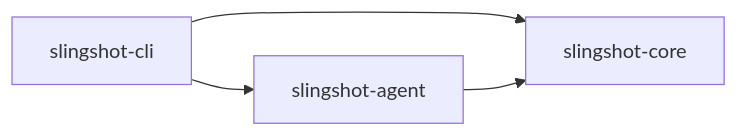
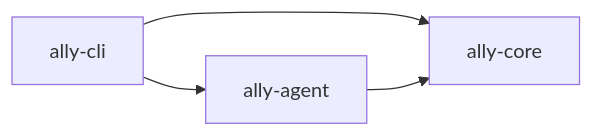
Before and after one commit to ado11231/ally: the second of 4 diagrams in docs/ARCHITECTURE.md, drawn with Mermaid. The commit also changed other lines of this file and 18 other files, not shown here.

````diff
--- a/docs/ARCHITECTURE.md
+++ b/docs/ARCHITECTURE.md
@@ -77,6 +77,6 @@
 ```mermaid
 flowchart LR
-    CLI["slingshot-cli"] --> AgentCrate["slingshot-agent"]
-    CLI --> Core["slingshot-core"]
+    CLI["ally-cli"] --> AgentCrate["ally-agent"]
+    CLI --> Core["ally-core"]
     AgentCrate --> Core
 ```
````
